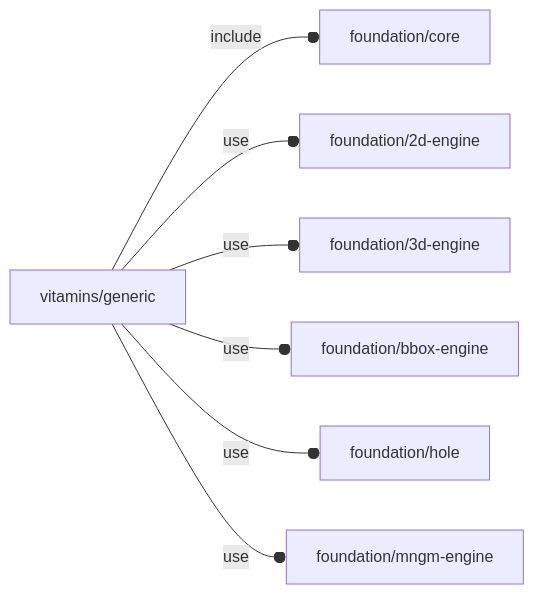
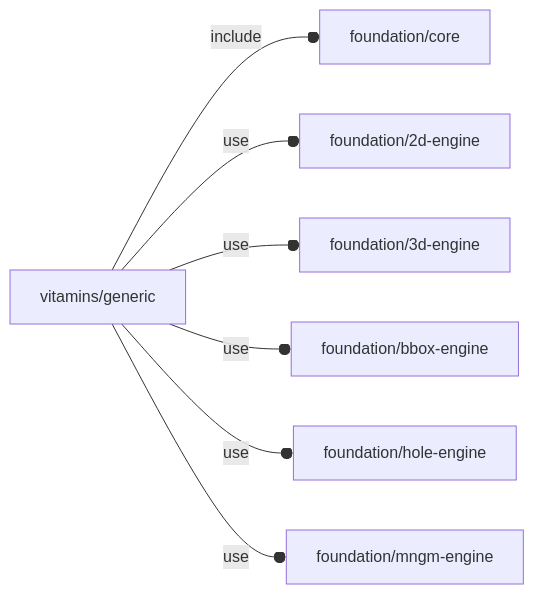
Before and after one commit to ggabbiani/OFL: the diagram in orthodocs/vitamins/generic.md, drawn with Mermaid. The commit also changed 17 other files, not shown here.

````diff
--- a/orthodocs/vitamins/generic.md
+++ b/orthodocs/vitamins/generic.md
@@ -5,9 +5,9 @@
 ```mermaid
 graph LR
     A1[vitamins/generic] --o|include| A2[foundation/core]
     A1 --o|use| A3[foundation/2d-engine]
     A1 --o|use| A4[foundation/3d-engine]
     A1 --o|use| A5[foundation/bbox-engine]
-    A1 --o|use| A6[foundation/hole]
+    A1 --o|use| A6[foundation/hole-engine]
     A1 --o|use| A7[foundation/mngm-engine]
 ```
````
